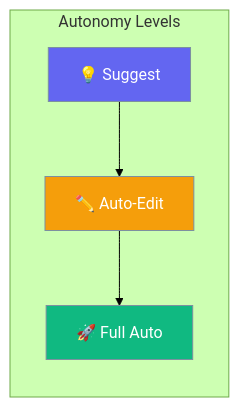
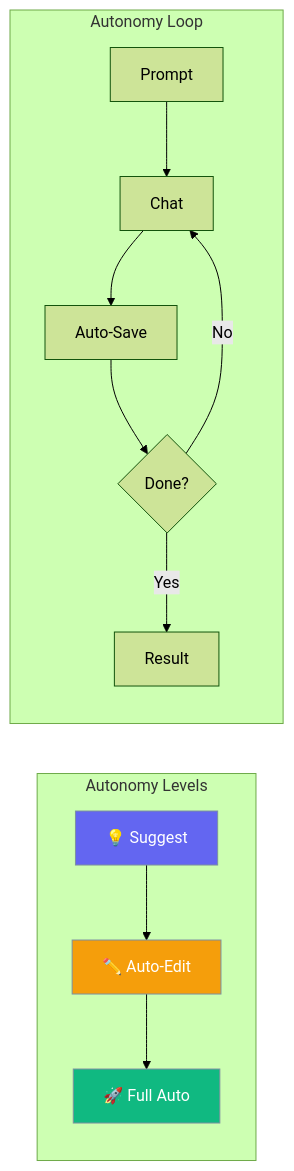
One commit to MervinPraison/PraisonAIDocs changed the diagram in docs/configuration/autonomy-config.mdx. Above: the diagram before and after it, drawn with Mermaid (forest theme). The commit also changed other lines of this file and 4 other files, not shown here.

````diff
--- a/docs/configuration/autonomy-config.mdx
+++ b/docs/configuration/autonomy-config.mdx
@@ -10,15 +10,23 @@
 ```mermaid
 graph LR
     subgraph "Autonomy Levels"
         A[💡 Suggest] --> B[✏️ Auto-Edit]
         B --> C[🚀 Full Auto]
+    end
+    
+    subgraph "Autonomy Loop"
+        D[Prompt] --> E[Chat]
+        E --> F[Auto-Save]
+        F --> G{Done?}
+        G -->|No| E
+        G -->|Yes| H[Result]
     end
     
     classDef suggest fill:#6366F1,stroke:#7C90A0,color:#fff
     classDef edit fill:#F59E0B,stroke:#7C90A0,color:#fff
     classDef full fill:#10B981,stroke:#7C90A0,color:#fff
     
     class A suggest
     class B edit
     class C full
 ```
````
